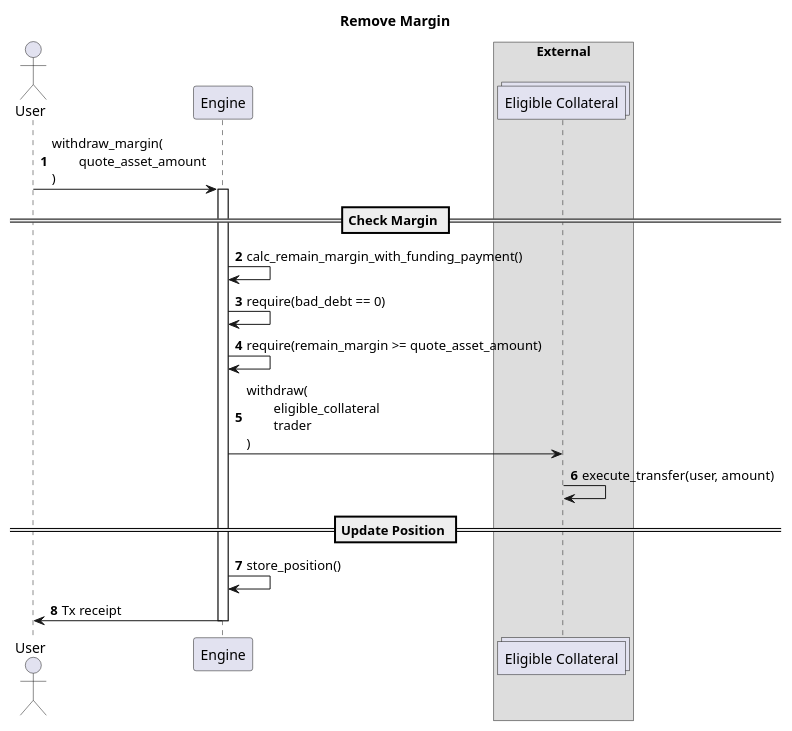
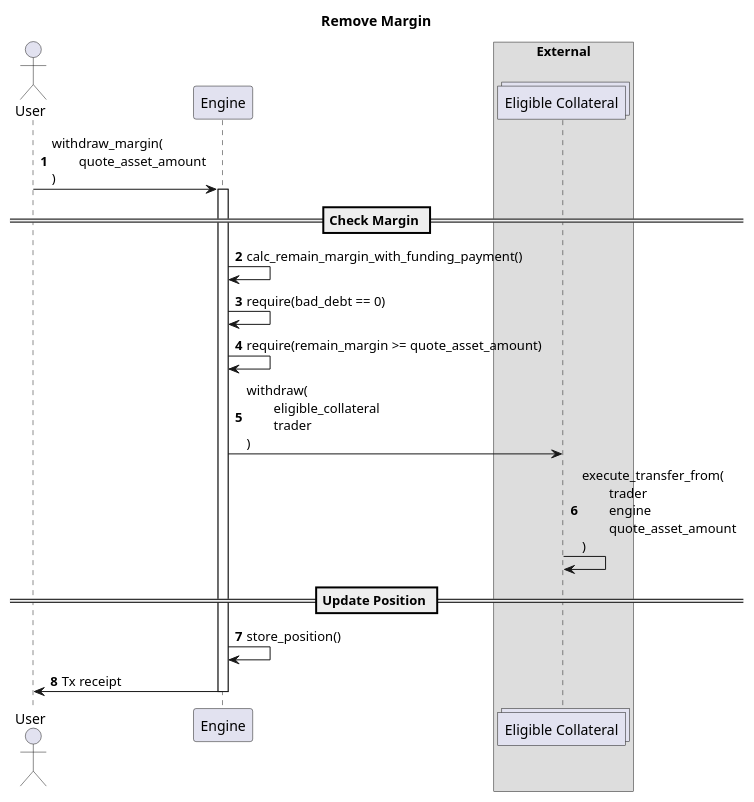
One commit to margined-protocol/docs changed the diagram in architecture/diagrams/remove-margin.puml. Above: the diagram before and after it, drawn with PlantUML. The commit also changed 17 other files, not shown here.

Commit message:
finished diagrams, no pay-funding yet

```diff
--- a/architecture/diagrams/remove-margin.puml
+++ b/architecture/diagrams/remove-margin.puml
@@ -1,35 +1,35 @@
 @startuml
 
 autonumber
 actor User    
 
 participant "Engine" as engine
 
 box "External"
     collections "Eligible Collateral" as token
 end box
 
 
 title Remove Margin
 User -> engine : withdraw_margin(\n\tquote_asset_amount\n)
 activate engine
 
 == Check Margin ==
 
 engine -> engine : calc_remain_margin_with_funding_payment()
 
 engine -> engine : require(bad_debt == 0)
 
 engine -> engine : require(remain_margin >= quote_asset_amount)
 
 engine -> token : withdraw(\n\teligible_collateral\n\ttrader\n)
 
-token -> token : execute_transfer(user, amount)
+token -> token : execute_transfer_from(\n\ttrader\n\tengine\n\tquote_asset_amount\n)
 == Update Position ==
 
 engine -> engine : store_position()
 
 engine -> User : Tx receipt
 deactivate engine
 
 @enduml
```
